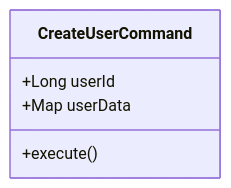
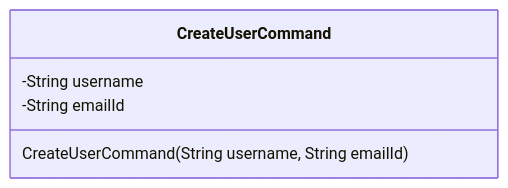
One commit to viswarajramji/user changed the second of 8 diagrams in readme.md. Above: the diagram before and after it, drawn with Mermaid. The commit also changed other lines of this file, not shown here.

````diff
--- a/readme.md
+++ b/readme.md
@@ -68,8 +68,9 @@
 ```mermaid
 classDiagram
     class CreateUserCommand {
-        +Long userId
-        +Map userData
-        +execute()
+        -String username
+        -String emailId
+        CreateUserCommand(String username, String emailId)
     }
+
 ```
````
